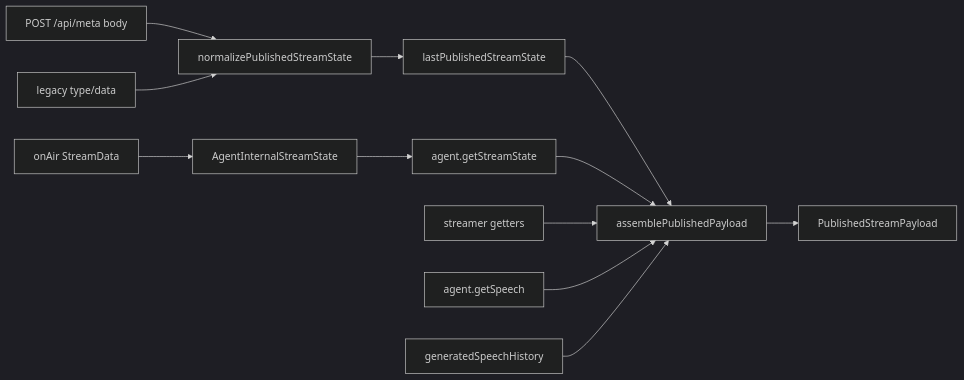
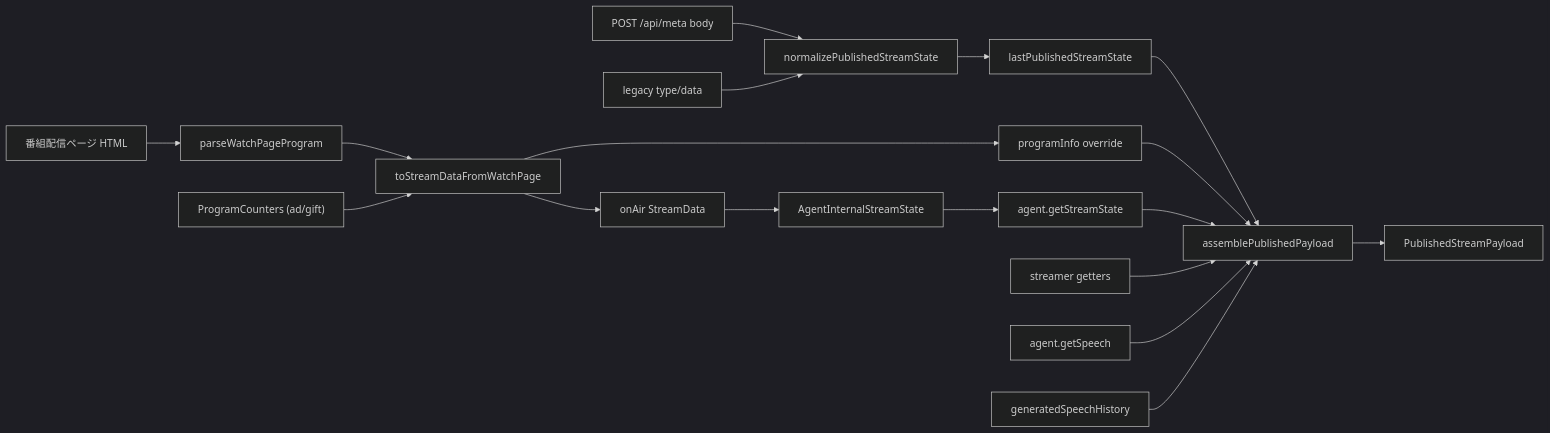
The third of 4 diagrams in architecture/domain-model-redesign.md (nahcnuj/makamujo), drawn with Mermaid (dark theme) before and after one commit. The commit also changed other lines of this file and 22 other files, not shown here.

First line of the commit message:
feat(stream): read program info from the niconama watch page

````diff
--- a/architecture/domain-model-redesign.md
+++ b/architecture/domain-model-redesign.md
@@ -302,14 +311,20 @@
 ```mermaid
 flowchart LR
-  OnAir["onAir StreamData"] --> Internal["AgentInternalStreamState"]
+  Page["番組配信ページ HTML"] --> Parse["parseWatchPageProgram"]
+  Parse --> Map["toStreamDataFromWatchPage"]
+  Map --> OnAir["onAir StreamData"]
+  Counters["ProgramCounters (ad/gift)"] --> Map
+  OnAir --> Internal["AgentInternalStreamState"]
+  Map --> ProgInfo["programInfo override"]
   POST["POST /api/meta body"] --> Norm["normalizePublishedStreamState"]
   Legacy["legacy type/data"] --> Norm
   Norm --> LastPub["lastPublishedStreamState"]
   Internal --> GetSS["agent.getStreamState"]
   LastPub --> Assemble
+  ProgInfo --> Assemble
   GetSS --> Assemble["assemblePublishedPayload"]
   Streamer["streamer getters"] --> Assemble
   Speech["agent.getSpeech"] --> Assemble
   Hist["generatedSpeechHistory"] --> Assemble
   Assemble --> Pub["PublishedStreamPayload"]
 ```
````
